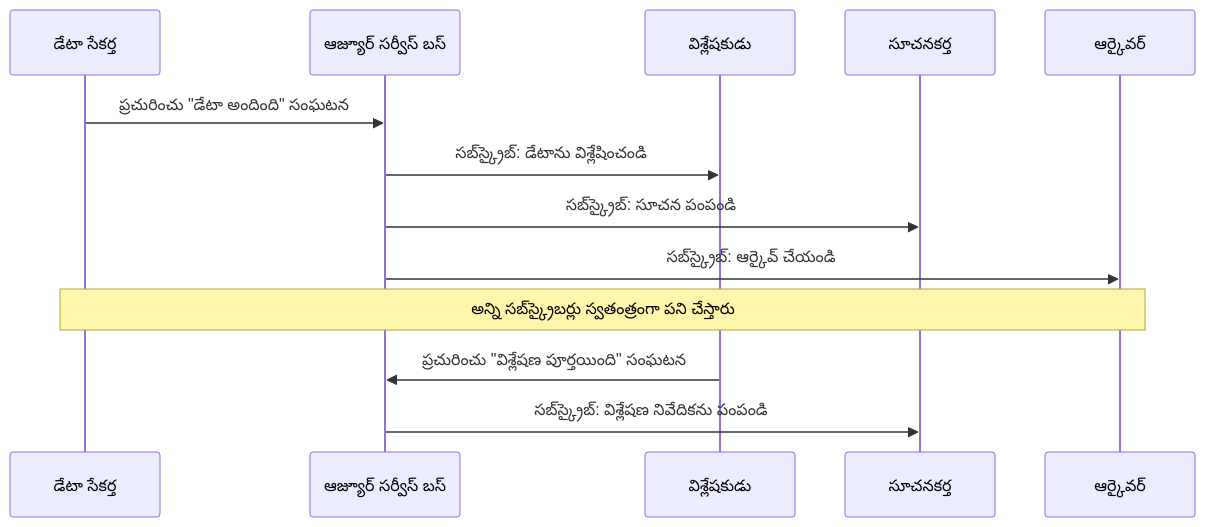
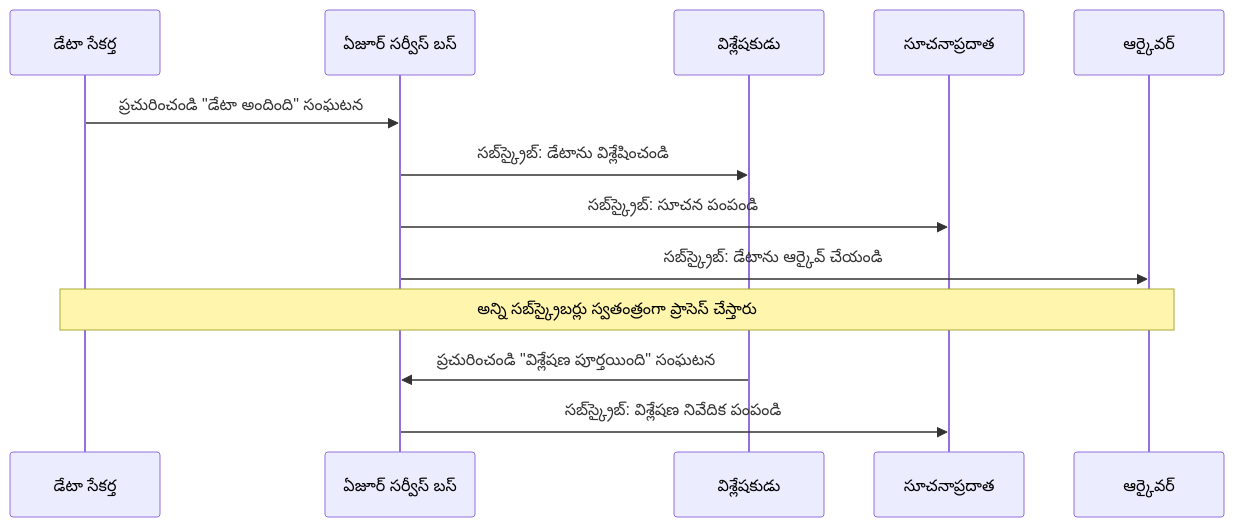
The fourth of 6 diagrams in translations/te/docs/chapter-06-pre-deployment/coordination-patterns.md (microsoft/AZD-for-beginners), drawn with Mermaid before and after one commit. The commit also changed other lines of this file and 102 other files, not shown here.

````diff
--- a/translations/te/docs/chapter-06-pre-deployment/coordination-patterns.md
+++ b/translations/te/docs/chapter-06-pre-deployment/coordination-patterns.md
@@ -191,18 +185,18 @@
 ```mermaid
 sequenceDiagram
     participant Agent1 as డేటా సేకర్త
-    participant EventBus as ఆజ్యూర్ సర్వీస్ బస్
+    participant EventBus as ఏజూర్ సర్వీస్ బస్
     participant Agent2 as విశ్లేషకుడు
-    participant Agent3 as సూచనకర్త
+    participant Agent3 as సూచనాప్రదాత
     participant Agent4 as ఆర్కైవర్
     
-    Agent1->>EventBus: ప్రచురించు "డేటా అందింది" సంఘటన
+    Agent1->>EventBus: ప్రచురించండి "డేటా అందింది" సంఘటన
     EventBus->>Agent2: సబ్‌స్క్రైబ్: డేటాను విశ్లేషించండి
     EventBus->>Agent3: సబ్‌స్క్రైబ్: సూచన పంపండి
-    EventBus->>Agent4: సబ్‌స్క్రైబ్: ఆర్కైవ్ చేయండి
+    EventBus->>Agent4: సబ్‌స్క్రైబ్: డేటాను ఆర్కైవ్ చేయండి
     
-    Note over Agent1,Agent4: అన్ని సబ్‌స్క్రైబర్లు స్వతంత్రంగా పని చేస్తారు
+    Note over Agent1,Agent4: అన్ని సబ్‌స్క్రైబర్లు స్వతంత్రంగా ప్రాసెస్ చేస్తారు
     
-    Agent2->>EventBus: ప్రచురించు "విశ్లేషణ పూర్తయింది" సంఘటన
-    EventBus->>Agent3: సబ్‌స్క్రైబ్: విశ్లేషణ నివేదికను పంపండి
+    Agent2->>EventBus: ప్రచురించండి "విశ్లేషణ పూర్తయింది" సంఘటన
+    EventBus->>Agent3: సబ్‌స్క్రైబ్: విశ్లేషణ నివేదిక పంపండి
 ```
````
